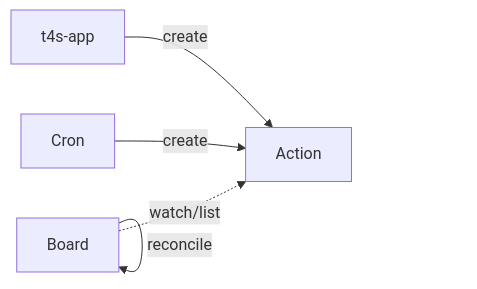
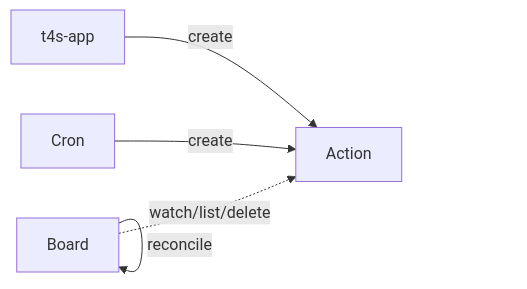
Before and after one commit to tkna/t4s: the diagram in docs/design.md, drawn with Mermaid. The commit also changed 7 other files, not shown here.

````diff
--- a/docs/design.md
+++ b/docs/design.md
@@ -38,7 +38,7 @@
 ```mermaid
 graph LR;
     t4s-app-- create -->Action;
     Cron-- create -->Action;
-    Board-.watch/list.->Action;
+    Board-.watch/list/delete.->Action;
     Board--reconcile-->Board;
 ```
````
